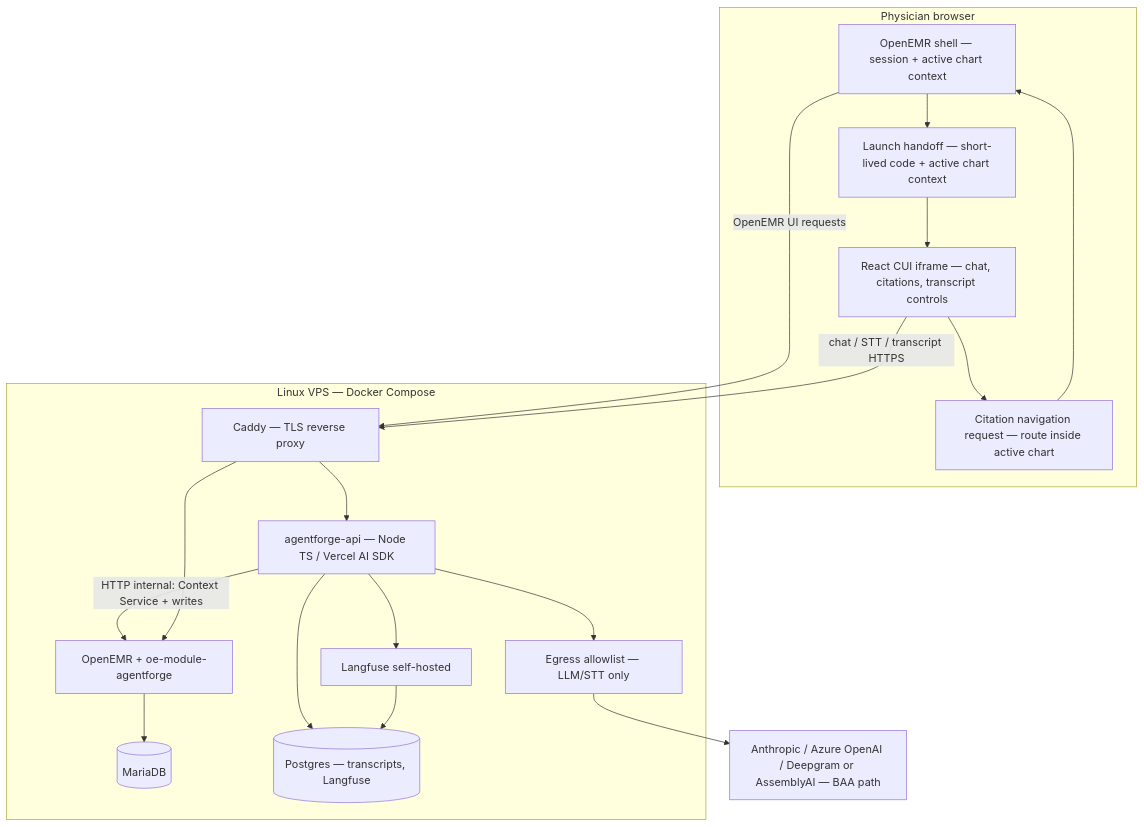
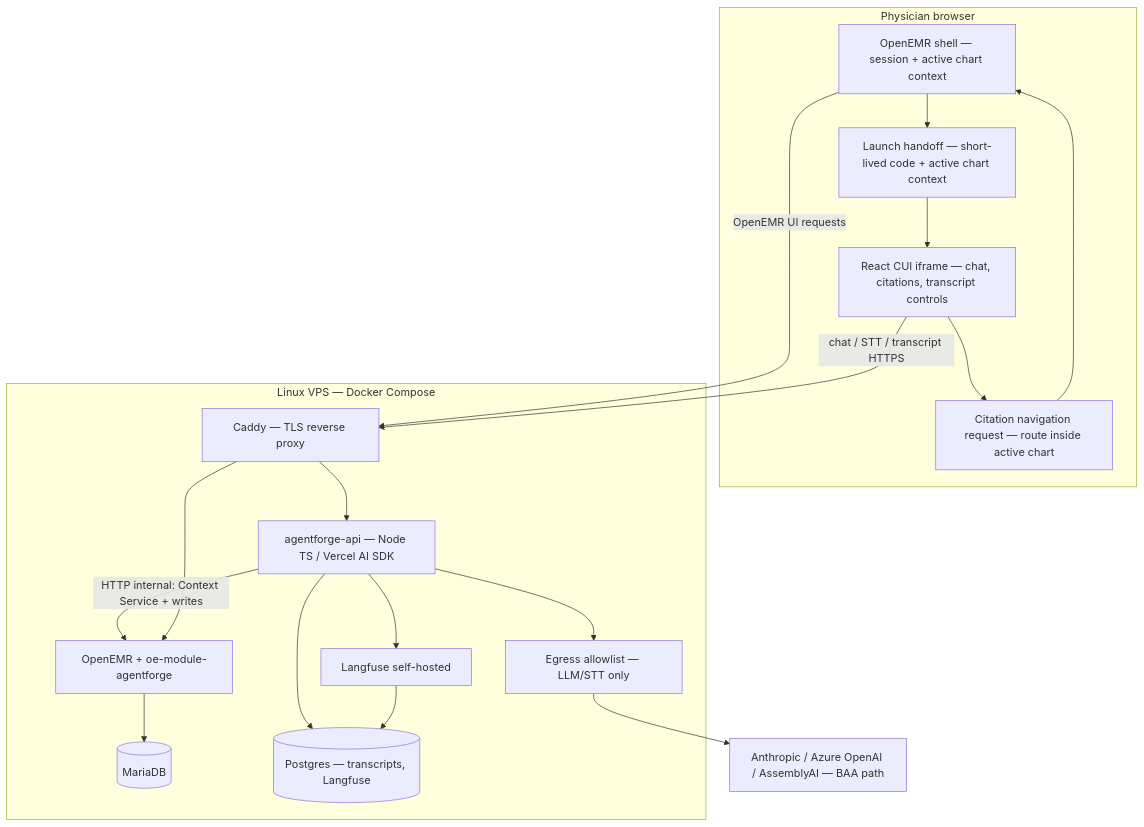
Before and after one commit to jdijols/openEMR: the first of 2 diagrams in ARCHITECTURE.md, drawn with Mermaid. The commit also changed other lines of this file and 11 other files, not shown here.

````diff
--- a/ARCHITECTURE.md
+++ b/ARCHITECTURE.md
@@ -59,37 +59,37 @@
 ```mermaid
 flowchart TB
     subgraph Browser["Physician browser"]
         Shell["OpenEMR shell — session + active chart context"]
         Launch["Launch handoff — short-lived code + active chart context"]
         CUI["React CUI iframe — chat, citations, transcript controls"]
         HostNav["Citation navigation request — route inside active chart"]
 
         Shell --> Launch
         Launch --> CUI
         CUI --> HostNav
         HostNav --> Shell
     end
 
     subgraph VPS["Linux VPS — Docker Compose"]
         Caddy["Caddy — TLS reverse proxy"]
         OE["OpenEMR + oe-module-agentforge"]
         DB[(MariaDB)]
         API["agentforge-api — Node TS / Vercel AI SDK"]
         PG[(Postgres — transcripts, Langfuse)]
         LF["Langfuse self-hosted"]
         EP["Egress allowlist — LLM/STT only"]
 
         OE --> DB
         API --> PG
         API --> LF
         LF --> PG
         API --> EP
         API -->|"HTTP internal: Context Service + writes"| OE
     end
 
     Shell -->|"OpenEMR UI requests"| Caddy
     CUI -->|"chat / STT / transcript HTTPS"| Caddy
     Caddy --> OE
     Caddy --> API
-    EP --> Cloud["Anthropic / Azure OpenAI / Deepgram or AssemblyAI — BAA path"]
+    EP --> Cloud["Anthropic / Azure OpenAI / AssemblyAI — BAA path"]
 ```
````
